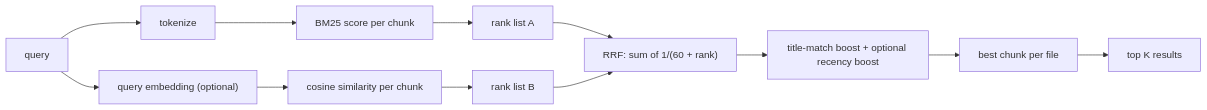
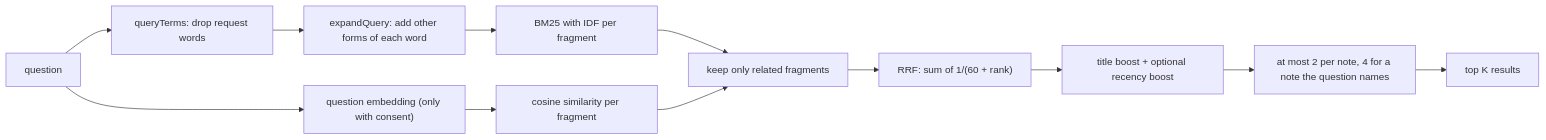
Before and after one commit to JamJan05/AI-Vault-for-Obsidian: the second of 5 diagrams in docs/ARCHITECTURE.md, drawn with Mermaid. The commit also changed other lines of this file and 15 other files, not shown here.

````diff
--- a/docs/ARCHITECTURE.md
+++ b/docs/ARCHITECTURE.md
@@ -378,14 +382,14 @@
 ```mermaid
 flowchart LR
-    Q["query"] --> TOK["tokenize"]
-    Q --> QE["query embedding (optional)"]
-    TOK --> BM["BM25 score per chunk"]
-    QE --> COS["cosine similarity per chunk"]
-    BM --> RBM["rank list A"]
-    COS --> RCOS["rank list B"]
-    RBM --> RRF["RRF: sum of 1/(60 + rank)"]
-    RCOS --> RRF
-    RRF --> BOOST["title-match boost + optional recency boost"]
-    BOOST --> DEDUP["best chunk per file"]
-    DEDUP --> TOPK["top K results"]
+    Q["question"] --> TERMS["queryTerms: drop request words"]
+    Q --> QE["question embedding (only with consent)"]
+    TERMS --> EXP["expandQuery: add other forms of each word"]
+    EXP --> BM["BM25 with IDF per fragment"]
+    QE --> COS["cosine similarity per fragment"]
+    BM --> REL["keep only related fragments"]
+    COS --> REL
+    REL --> RRF["RRF: sum of 1/(60 + rank)"]
+    RRF --> BOOST["title boost + optional recency boost"]
+    BOOST --> CAP["at most 2 per note, 4 for a note the question names"]
+    CAP --> TOPK["top K results"]
 ```
````
